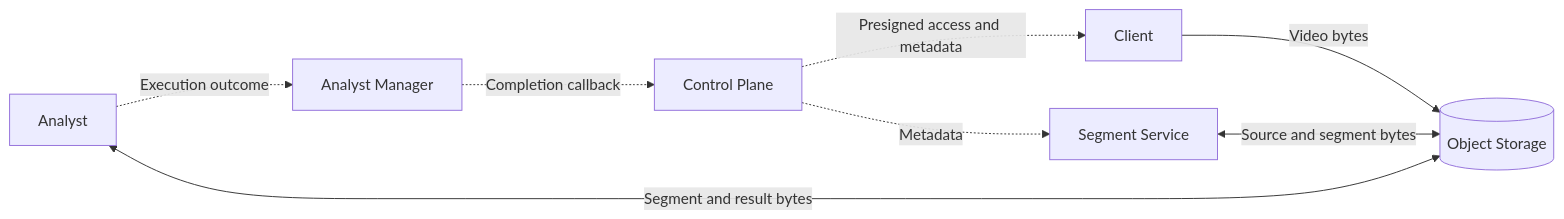
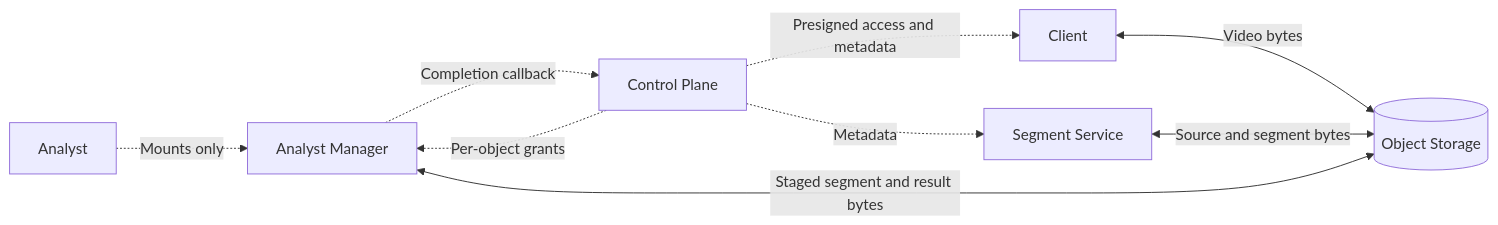
One commit to markusheiliger/socalytics changed the third of 3 diagrams in docs/architecture/terminology-and-principles.md. Above: the diagram before and after it, drawn with Mermaid. The commit also changed other lines of this file and 13 other files, not shown here.

First line of the commit message:
docs(architecture): design updates decided by the plans of ten new specs

````diff
--- a/docs/architecture/terminology-and-principles.md
+++ b/docs/architecture/terminology-and-principles.md
@@ -172,12 +179,12 @@
 ```mermaid
 flowchart LR
 
-    Client -->|Video bytes| S3[(Object Storage)]
+    Client <-->|Video bytes| S3[(Object Storage)]
     SegmentService[Segment Service] <-->|Source and segment bytes| S3
-    Analyst <-->|Segment and result bytes| S3
-    Manager[Analyst Manager]
+    Manager[Analyst Manager] <-->|Staged segment and result bytes| S3
+    Analyst -.->|Mounts only| Manager
     API[Control Plane] -.->|Presigned access and metadata| Client
     API -.->|Metadata| SegmentService
-    Analyst -.->|Execution outcome| Manager
+    API -.->|Per-object grants| Manager
     Manager -.->|Completion callback| API
 ```
````
